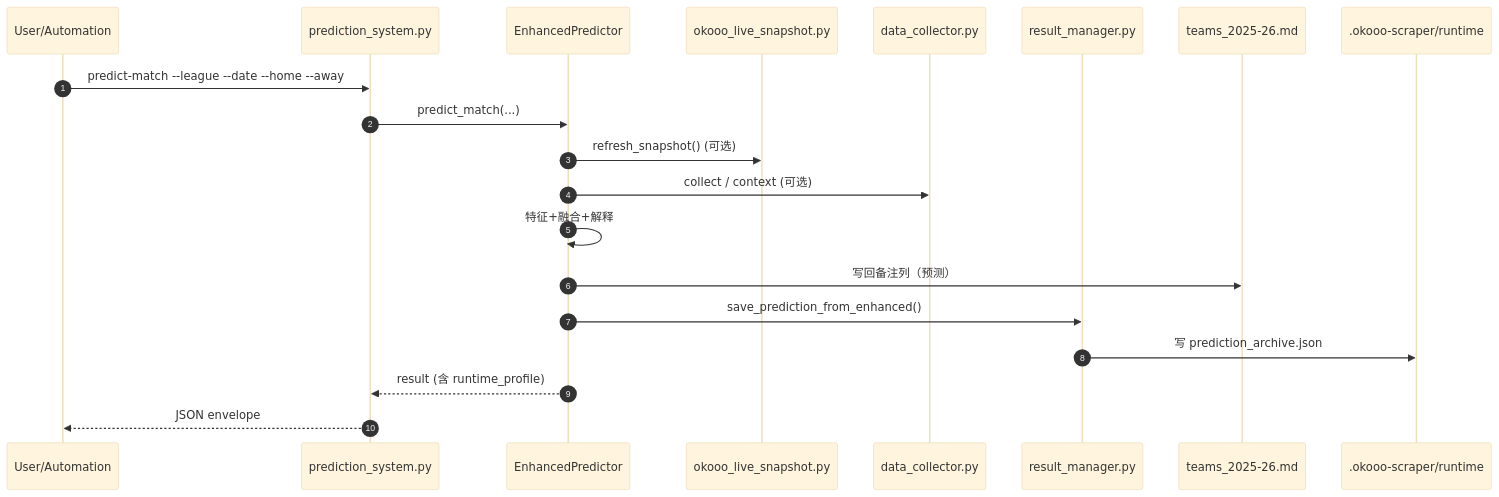
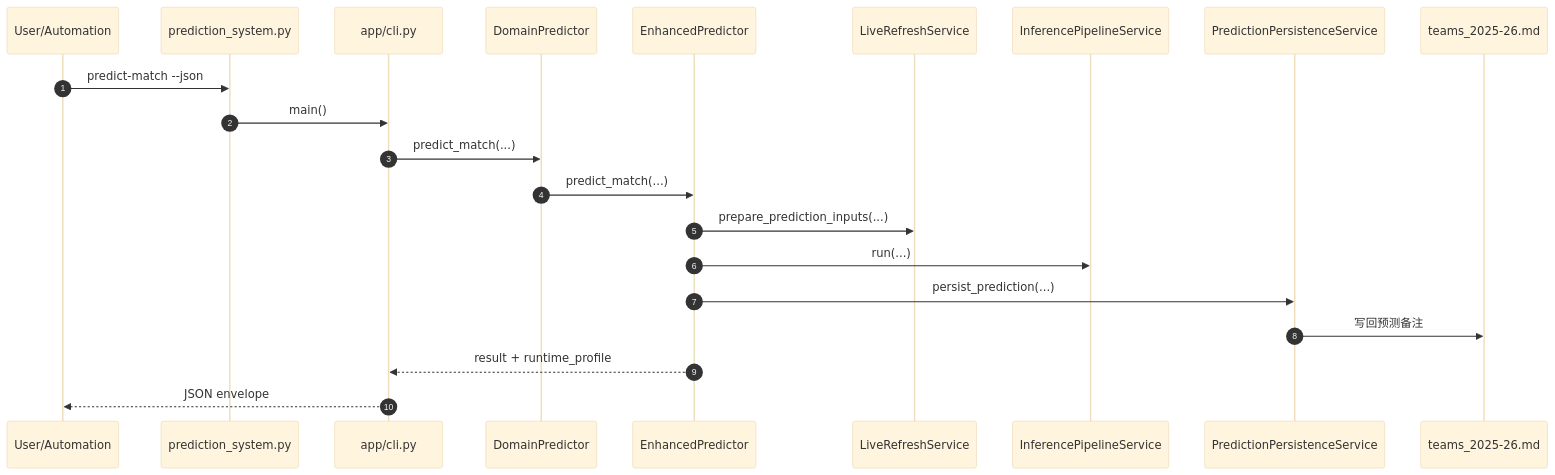
Before and after one commit to LorenJun/trae_projects: the second of 5 diagrams in docs/architecture/europe_leagues_architecture.md, drawn with Mermaid (base theme). The commit also changed other lines of this file and 109 other files, not shown here.

````diff
--- a/docs/architecture/europe_leagues_architecture.md
+++ b/docs/architecture/europe_leagues_architecture.md
@@ -158,23 +183,24 @@
 ```mermaid
 sequenceDiagram
   autonumber
   participant U as User/Automation
-  participant CLI as prediction_system.py
+  participant Compat as prediction_system.py
+  participant CLI as app/cli.py
+  participant DP as DomainPredictor
   participant EP as EnhancedPredictor
-  participant OK as okooo_live_snapshot.py
-  participant DC as data_collector.py
-  participant RM as result_manager.py
+  participant Live as LiveRefreshService
+  participant Infer as InferencePipelineService
+  participant Persist as PredictionPersistenceService
   participant SoT as teams_2025-26.md
-  participant RT as .okooo-scraper/runtime
 
-  U->>CLI: predict-match --league --date --home --away
-  CLI->>EP: predict_match(...)
-  EP->>OK: refresh_snapshot() (可选)
-  EP->>DC: collect / context (可选)
-  EP->>EP: 特征+融合+解释
-  EP->>SoT: 写回备注列（预测）
-  EP->>RM: save_prediction_from_enhanced()
-  RM->>RT: 写 prediction_archive.json
-  EP-->>CLI: result (含 runtime_profile)
+  U->>Compat: predict-match --json
+  Compat->>CLI: main()
+  CLI->>DP: predict_match(...)
+  DP->>EP: predict_match(...)
+  EP->>Live: prepare_prediction_inputs(...)
+  EP->>Infer: run(...)
+  EP->>Persist: persist_prediction(...)
+  Persist->>SoT: 写回预测备注
+  EP-->>CLI: result + runtime_profile
   CLI-->>U: JSON envelope
 ```
````
